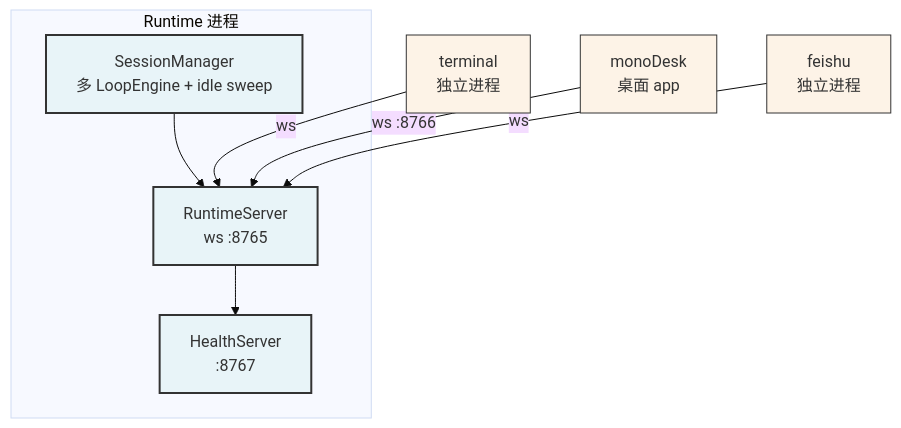
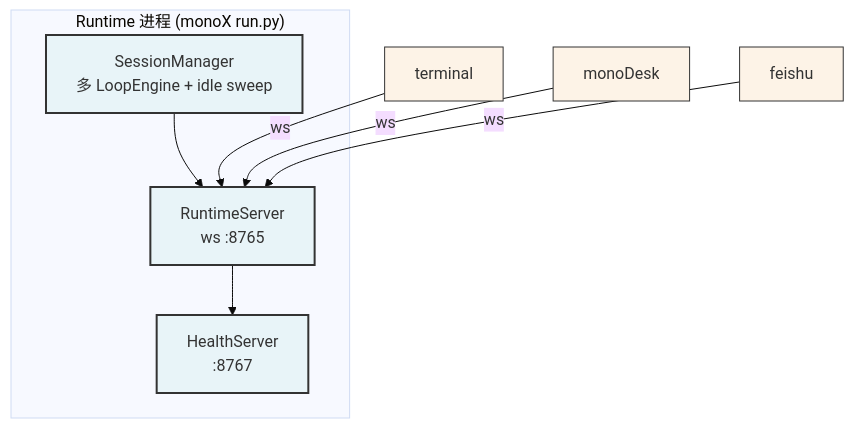
One commit to halcyonway/MonoX changed the diagram in README.md. Above: the diagram before and after it, drawn with Mermaid (base theme). The commit also changed other lines of this file, not shown here.

Commit message:
docs: refocus README — Runtime core is主角，channel is feature之一

````diff
--- a/README.md
+++ b/README.md
@@ -16,20 +14,20 @@
 ```mermaid
 graph TD
-    subgraph Runtime["Runtime 进程"]
+    subgraph Runtime["Runtime 进程 (monoX run.py)"]
         SM[SessionManager<br/>多 LoopEngine + idle sweep]
         RS[RuntimeServer<br/>ws :8765]
         HS[HealthServer<br/>:8767]
 
         SM --> RS
         RS --> HS
     end
 
-    T[terminal<br/>独立进程] -->|ws| RS
-    D[monoDesk<br/>桌面 app] -->|ws :8766| RS
-    F[feishu<br/>独立进程] -->|ws| RS
+    T[terminal] -->|ws| RS
+    D[monoDesk] -->|ws| RS
+    F[feishu] -->|ws| RS
 
     classDef runtime fill:#e8f4f8,stroke:#333,stroke-width:2px
     classDef channel fill:#fdf3e7,stroke:#333,stroke-width:1px
     class SM,RS,HS runtime
     class T,D,F channel
 ```
````
